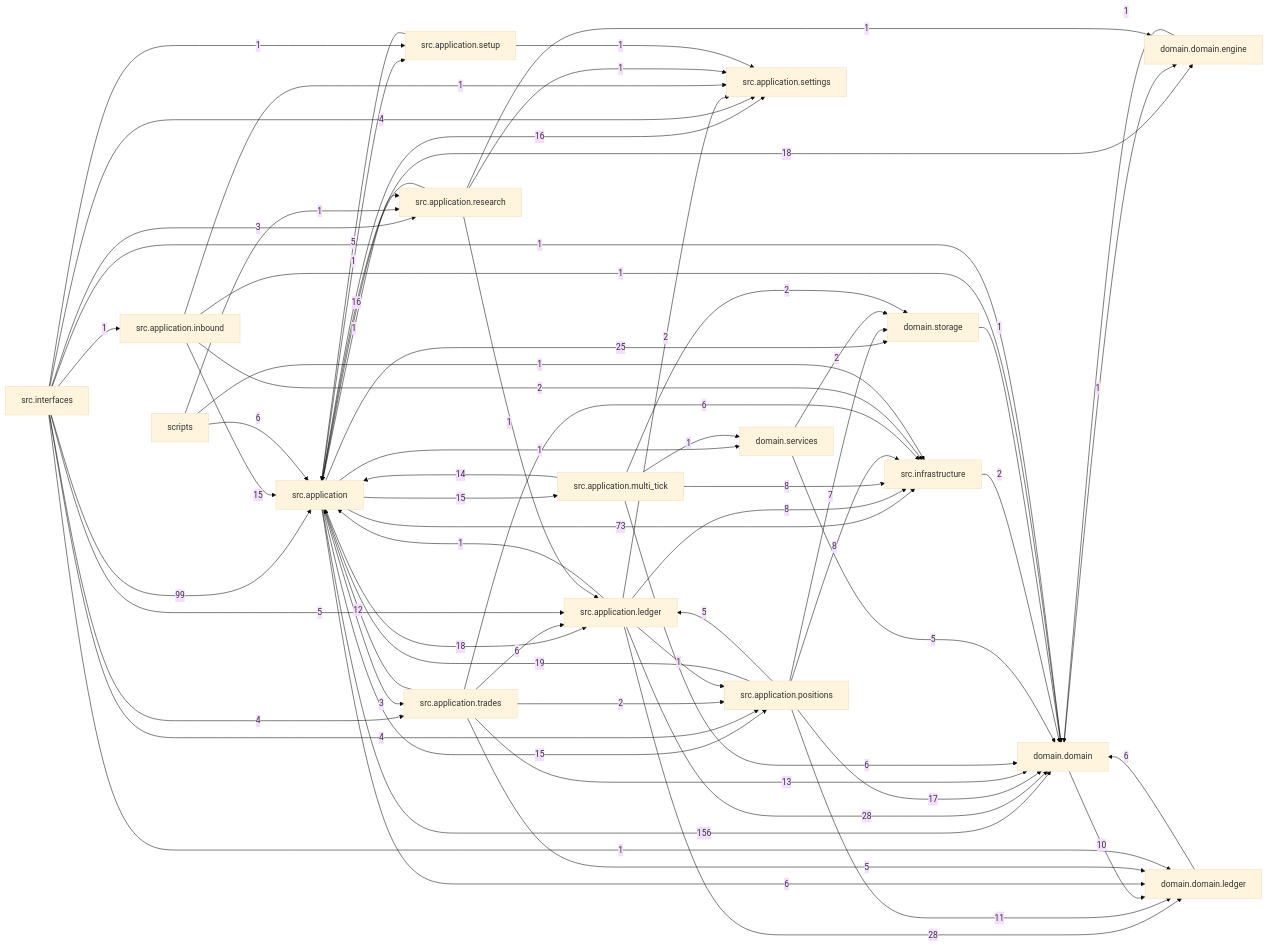
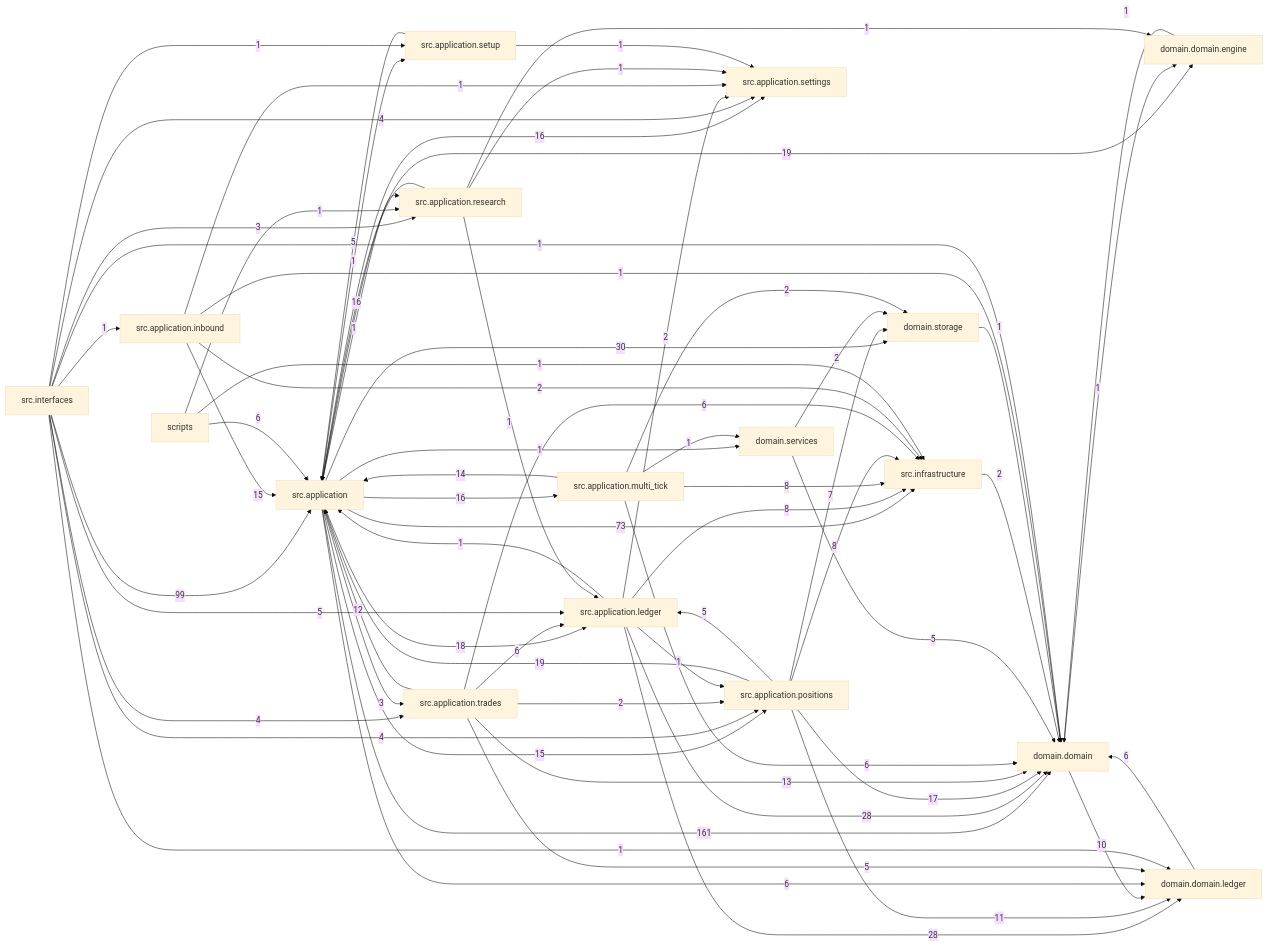
Before and after one commit to liuxie066/options-monitor: the diagram in docs/dependency_graph.mmd, drawn with Mermaid (base theme). The commit also changed 13 other files, not shown here.

```diff
--- a/docs/dependency_graph.mmd
+++ b/docs/dependency_graph.mmd
@@ -1,68 +1,68 @@
 flowchart LR
-  src_application["src.application"] -->|156| domain_domain["domain.domain"]
+  src_application["src.application"] -->|161| domain_domain["domain.domain"]
   src_interfaces["src.interfaces"] -->|99| src_application["src.application"]
   src_application["src.application"] -->|73| src_infrastructure["src.infrastructure"]
+  src_application["src.application"] -->|30| domain_storage["domain.storage"]
   src_application_ledger["src.application.ledger"] -->|28| domain_domain["domain.domain"]
   src_application_ledger["src.application.ledger"] -->|28| domain_domain_ledger["domain.domain.ledger"]
-  src_application["src.application"] -->|25| domain_storage["domain.storage"]
+  src_application["src.application"] -->|19| domain_domain_engine["domain.domain.engine"]
   src_application_positions["src.application.positions"] -->|19| src_application["src.application"]
-  src_application["src.application"] -->|18| domain_domain_engine["domain.domain.engine"]
   src_application["src.application"] -->|18| src_application_ledger["src.application.ledger"]
   src_application_positions["src.application.positions"] -->|17| domain_domain["domain.domain"]
+  src_application["src.application"] -->|16| src_application_multi_tick["src.application.multi_tick"]
   src_application["src.application"] -->|16| src_application_settings["src.application.settings"]
   src_application_research["src.application.research"] -->|16| src_application["src.application"]
-  src_application["src.application"] -->|15| src_application_multi_tick["src.application.multi_tick"]
   src_application["src.application"] -->|15| src_application_positions["src.application.positions"]
   src_application_inbound["src.application.inbound"] -->|15| src_application["src.application"]
   src_application_multi_tick["src.application.multi_tick"] -->|14| src_application["src.application"]
   src_application_trades["src.application.trades"] -->|13| domain_domain["domain.domain"]
   src_application_trades["src.application.trades"] -->|12| src_application["src.application"]
   src_application_positions["src.application.positions"] -->|11| domain_domain_ledger["domain.domain.ledger"]
   domain_domain["domain.domain"] -->|10| domain_domain_ledger["domain.domain.ledger"]
   src_application_ledger["src.application.ledger"] -->|8| src_infrastructure["src.infrastructure"]
   src_application_multi_tick["src.application.multi_tick"] -->|8| src_infrastructure["src.infrastructure"]
   src_application_positions["src.application.positions"] -->|8| src_infrastructure["src.infrastructure"]
   src_application_positions["src.application.positions"] -->|7| domain_storage["domain.storage"]
   domain_domain_ledger["domain.domain.ledger"] -->|6| domain_domain["domain.domain"]
   scripts["scripts"] -->|6| src_application["src.application"]
   src_application["src.application"] -->|6| domain_domain_ledger["domain.domain.ledger"]
   src_application_multi_tick["src.application.multi_tick"] -->|6| domain_domain["domain.domain"]
   src_application_trades["src.application.trades"] -->|6| src_application_ledger["src.application.ledger"]
   src_application_trades["src.application.trades"] -->|6| src_infrastructure["src.infrastructure"]
   domain_services["domain.services"] -->|5| domain_domain["domain.domain"]
   src_application_positions["src.application.positions"] -->|5| src_application_ledger["src.application.ledger"]
   src_application_setup["src.application.setup"] -->|5| src_application["src.application"]
   src_application_trades["src.application.trades"] -->|5| domain_domain_ledger["domain.domain.ledger"]
   src_interfaces["src.interfaces"] -->|5| src_application_ledger["src.application.ledger"]
   src_interfaces["src.interfaces"] -->|4| src_application_positions["src.application.positions"]
   src_interfaces["src.interfaces"] -->|4| src_application_settings["src.application.settings"]
   src_interfaces["src.interfaces"] -->|4| src_application_trades["src.application.trades"]
   src_application["src.application"] -->|3| src_application_trades["src.application.trades"]
   src_interfaces["src.interfaces"] -->|3| src_application_research["src.application.research"]
   domain_services["domain.services"] -->|2| domain_storage["domain.storage"]
   src_application_inbound["src.application.inbound"] -->|2| src_infrastructure["src.infrastructure"]
   src_application_ledger["src.application.ledger"] -->|2| src_application_settings["src.application.settings"]
   src_application_multi_tick["src.application.multi_tick"] -->|2| domain_storage["domain.storage"]
   src_application_trades["src.application.trades"] -->|2| src_application_positions["src.application.positions"]
   src_infrastructure["src.infrastructure"] -->|2| domain_domain["domain.domain"]
   domain_domain["domain.domain"] -->|1| domain_domain_engine["domain.domain.engine"]
   domain_domain_engine["domain.domain.engine"] -->|1| domain_domain["domain.domain"]
   domain_storage["domain.storage"] -->|1| domain_domain["domain.domain"]
   scripts["scripts"] -->|1| src_application_research["src.application.research"]
   scripts["scripts"] -->|1| src_infrastructure["src.infrastructure"]
   src_application["src.application"] -->|1| domain_services["domain.services"]
   src_application["src.application"] -->|1| src_application_research["src.application.research"]
   src_application["src.application"] -->|1| src_application_setup["src.application.setup"]
   src_application_inbound["src.application.inbound"] -->|1| domain_domain["domain.domain"]
   src_application_inbound["src.application.inbound"] -->|1| src_application_settings["src.application.settings"]
   src_application_ledger["src.application.ledger"] -->|1| src_application["src.application"]
   src_application_ledger["src.application.ledger"] -->|1| src_application_positions["src.application.positions"]
   src_application_multi_tick["src.application.multi_tick"] -->|1| domain_services["domain.services"]
   src_application_research["src.application.research"] -->|1| domain_domain_engine["domain.domain.engine"]
   src_application_research["src.application.research"] -->|1| src_application_ledger["src.application.ledger"]
   src_application_research["src.application.research"] -->|1| src_application_settings["src.application.settings"]
   src_application_setup["src.application.setup"] -->|1| src_application_settings["src.application.settings"]
   src_interfaces["src.interfaces"] -->|1| domain_domain["domain.domain"]
   src_interfaces["src.interfaces"] -->|1| domain_domain_ledger["domain.domain.ledger"]
   src_interfaces["src.interfaces"] -->|1| src_application_inbound["src.application.inbound"]
   src_interfaces["src.interfaces"] -->|1| src_application_setup["src.application.setup"]
```
